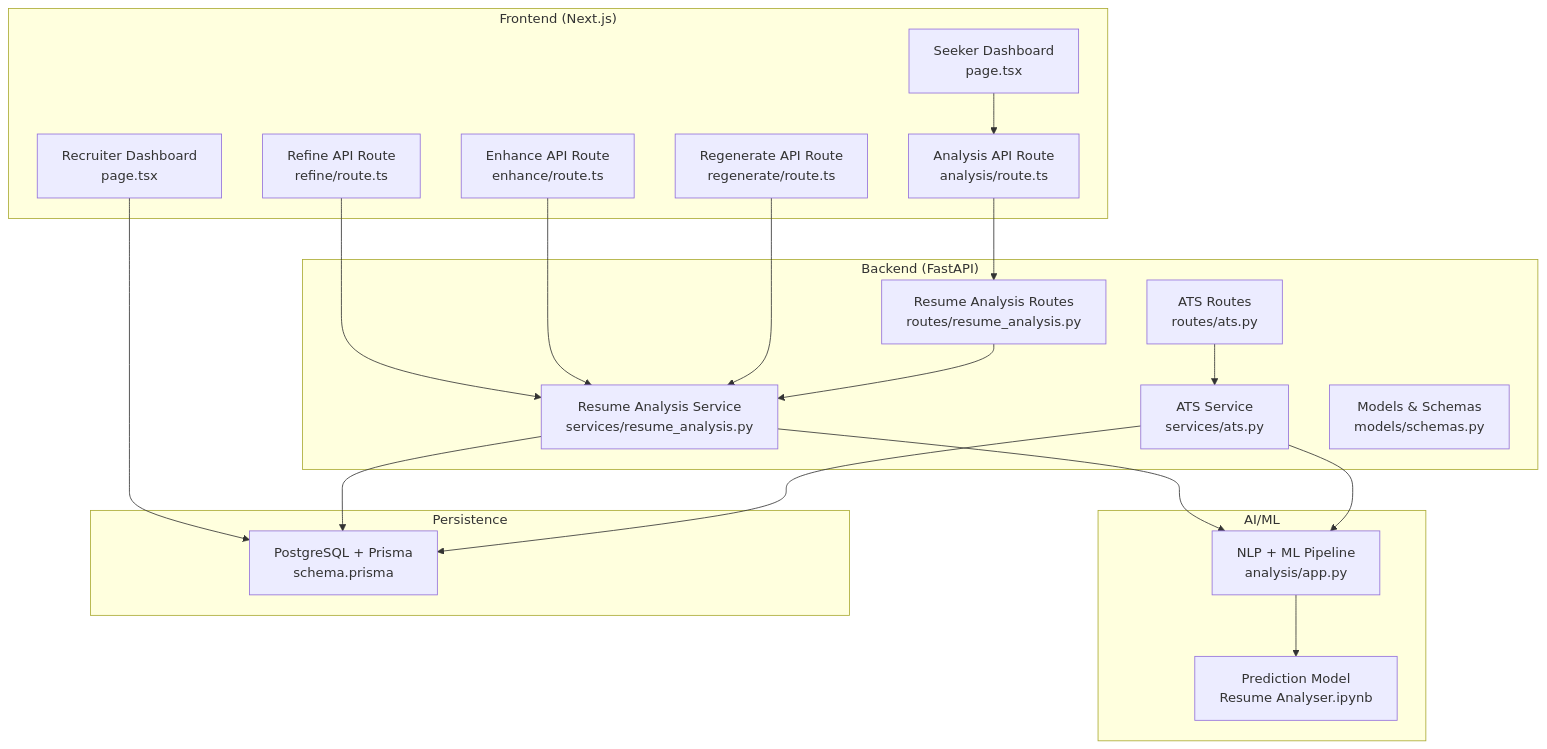
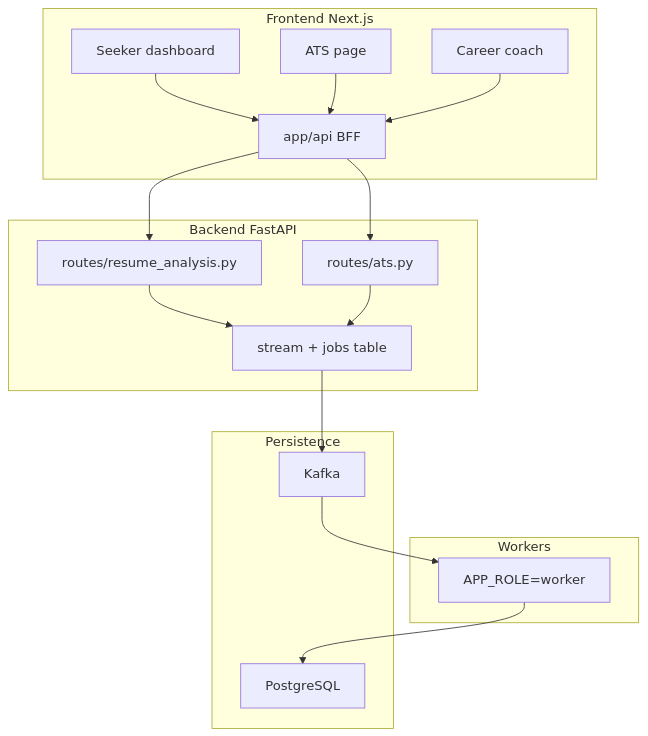
One commit to tashifkhan/tashif.codes changed the first of 4 diagrams in src/data/docs/talentsync/Project Overview/Key Features Breakdown.md. Above: the diagram before and after it, drawn with Mermaid. The commit also changed other lines of this file and 2128 other files, not shown here.

First line of the commit message:
docs: replace raster diagram images with native Mermaid across project guides

````diff
--- a/src/data/docs/talentsync/Project Overview/Key Features Breakdown.md
+++ b/src/data/docs/talentsync/Project Overview/Key Features Breakdown.md
@@ -23,38 +22,31 @@
 ```mermaid
 graph TB
-subgraph "Frontend (Next.js)"
-FE_DashboardSeeker["Seeker Dashboard<br/>page.tsx"]
-FE_DashboardRecruiter["Recruiter Dashboard<br/>page.tsx"]
-FE_APIAnalysis["Analysis API Route<br/>analysis/route.ts"]
-FE_APIRefine["Refine API Route<br/>refine/route.ts"]
-FE_APIEnhance["Enhance API Route<br/>enhance/route.ts"]
-FE_APIRegenerate["Regenerate API Route<br/>regenerate/route.ts"]
+subgraph "Frontend Next.js"
+FE_Seeker["Seeker dashboard"]
+FE_ATS["ATS page"]
+FE_Coach["Career coach"]
+FE_BFF["app/api BFF"]
 end
-subgraph "Backend (FastAPI)"
-BE_RoutesResume["Resume Analysis Routes<br/>routes/resume_analysis.py"]
-BE_SvcResume["Resume Analysis Service<br/>services/resume_analysis.py"]
-BE_RoutesATS["ATS Routes<br/>routes/ats.py"]
-BE_SvcATS["ATS Service<br/>services/ats.py"]
-BE_Schemas["Models & Schemas<br/>models/schemas.py"]
+subgraph "Backend FastAPI"
+BE_Resume["routes/resume_analysis.py"]
+BE_ATS["routes/ats.py"]
+BE_Jobs["stream + jobs table"]
 end
-subgraph "AI/ML"
-ML_Pipeline["NLP + ML Pipeline<br/>analysis/app.py"]
-ML_Models["Prediction Model<br/>Resume Analyser.ipynb"]
+subgraph "Workers"
+W["APP_ROLE=worker"]
 end
 subgraph "Persistence"
-DB["PostgreSQL + Prisma<br/>schema.prisma"]
+DB["PostgreSQL"]
+K["Kafka"]
 end
-FE_DashboardSeeker --> FE_APIAnalysis
-FE_DashboardRecruiter --> DB
-FE_APIAnalysis --> BE_RoutesResume
-FE_APIRefine --> BE_SvcResume
-FE_APIEnhance --> BE_SvcResume
-FE_APIRegenerate --> BE_SvcResume
-BE_RoutesResume --> BE_SvcResume
-BE_RoutesATS --> BE_SvcATS
-BE_SvcResume --> ML_Pipeline
-BE_SvcATS --> ML_Pipeline
-ML_Pipeline --> ML_Models
-BE_SvcResume --> DB
-BE_SvcATS --> DB
+FE_Seeker --> FE_BFF
+FE_ATS --> FE_BFF
+FE_Coach --> FE_BFF
+FE_BFF --> BE_Resume
+FE_BFF --> BE_ATS
+BE_Resume --> BE_Jobs
+BE_ATS --> BE_Jobs
+BE_Jobs --> K
+K --> W
+W --> DB
 ```
````
